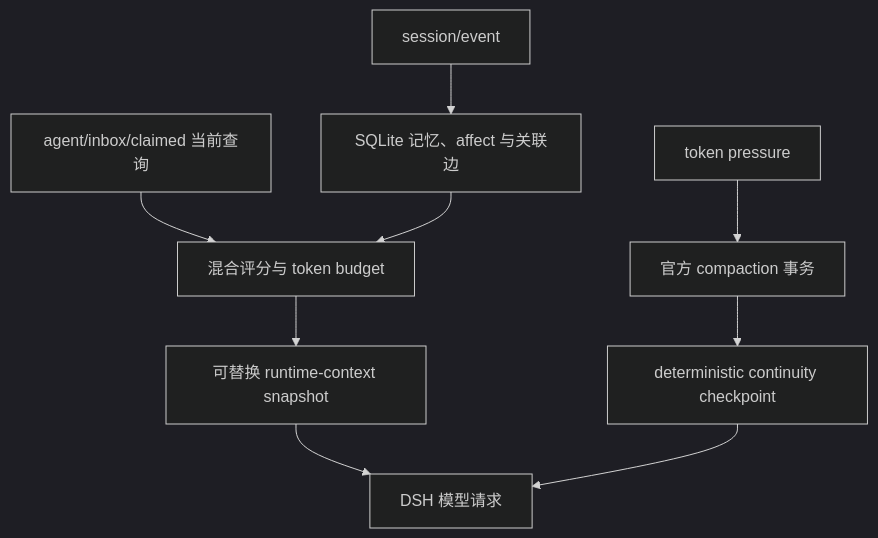
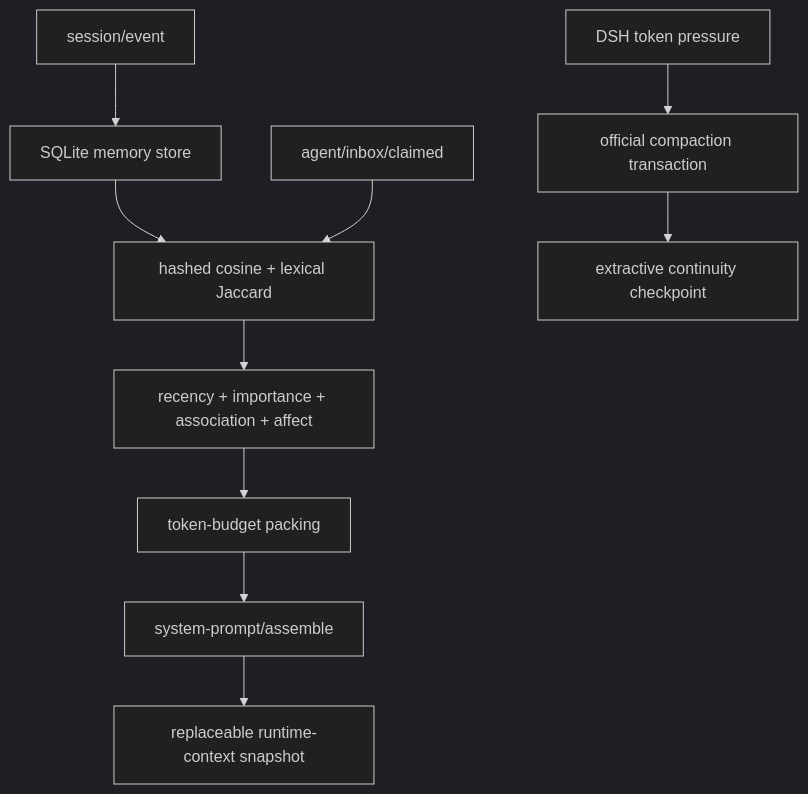
Before and after one commit to Hoshino910/REMI: the diagram in README.md, drawn with Mermaid (dark theme). The commit also changed other lines of this file and 1 other file, not shown here.

````diff
--- a/README.md
+++ b/README.md
@@ -15,11 +173,12 @@
 ```mermaid
 flowchart TD
-    A["session/event"] --> B["SQLite 记忆、affect 与关联边"]
-    C["agent/inbox/claimed 当前查询"] --> D["混合评分与 token budget"]
-    B --> D
-    D --> E["可替换 runtime-context snapshot"]
-    E --> F["DSH 模型请求"]
-    G["token pressure"] --> H["官方 compaction 事务"]
-    H --> I["deterministic continuity checkpoint"]
-    I --> F
+    A["session/event"] --> B["SQLite memory store"]
+    B --> C["hashed cosine + lexical Jaccard"]
+    D["agent/inbox/claimed"] --> C
+    C --> E["recency + importance + association + affect"]
+    E --> F["token-budget packing"]
+    F --> G["system-prompt/assemble"]
+    G --> H["replaceable runtime-context snapshot"]
+    I["DSH token pressure"] --> J["official compaction transaction"]
+    J --> K["extractive continuity checkpoint"]
 ```
````
